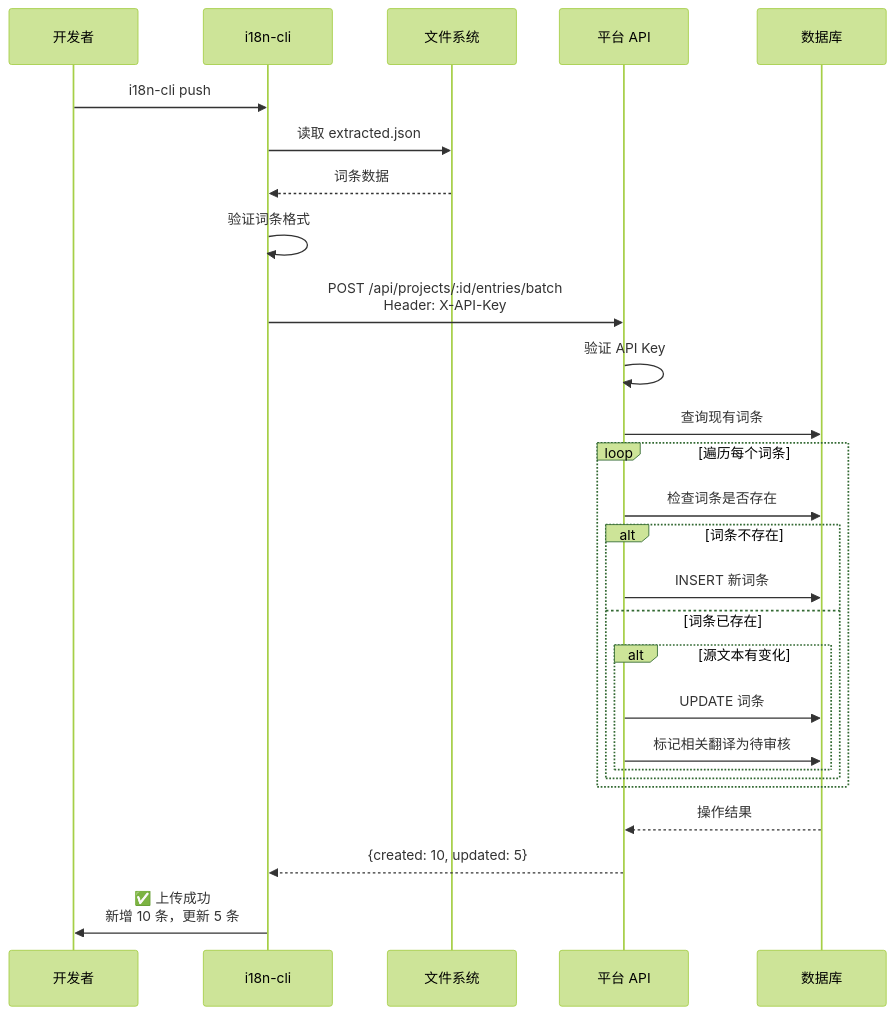
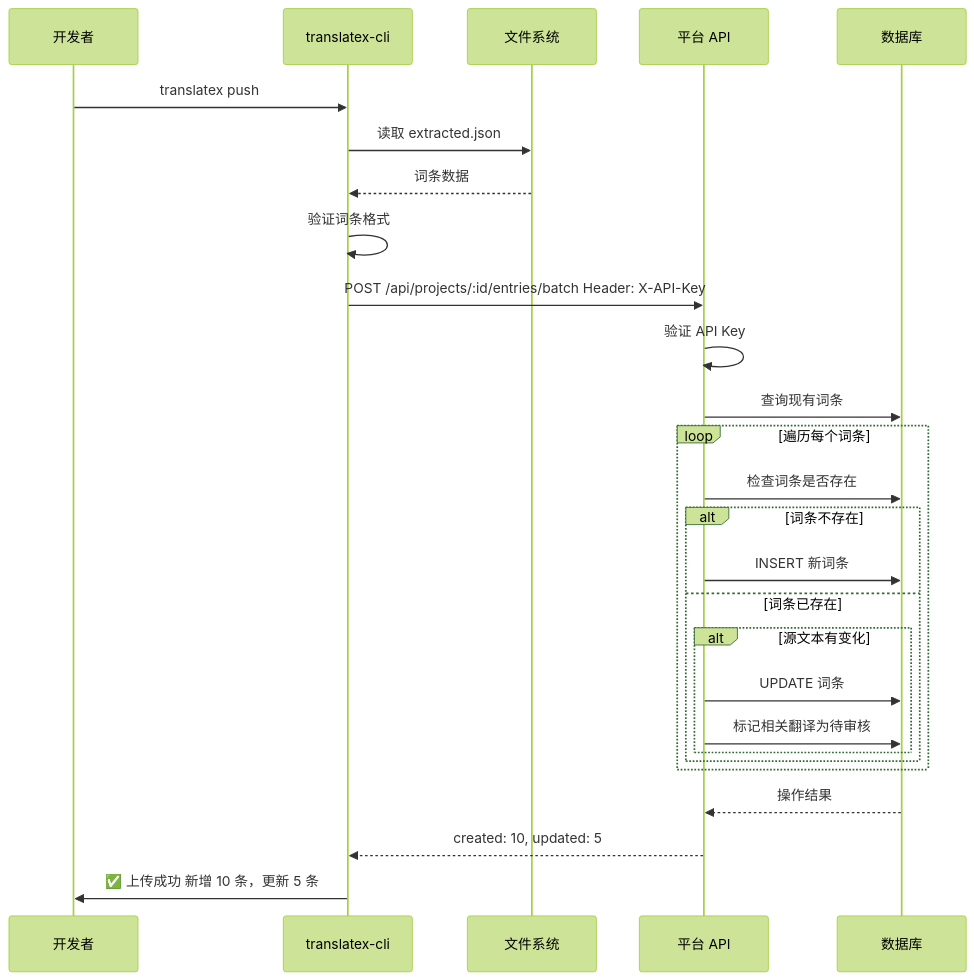
Before and after one commit to zhaotoday/translatex: the fourth of 19 diagrams in workflows-diagrams.md, drawn with Mermaid (forest theme). The commit also changed other lines of this file and 5 other files, not shown here.

````diff
--- a/workflows-diagrams.md
+++ b/workflows-diagrams.md
@@ -104,34 +93,34 @@
 ```mermaid
 sequenceDiagram
     participant Dev as 开发者
-    participant CLI as i18n-cli
+    participant CLI as translatex-cli
     participant FS as 文件系统
     participant API as 平台 API
     participant DB as 数据库
     
-    Dev->>CLI: i18n-cli push
+    Dev->>CLI: translatex push
     CLI->>FS: 读取 extracted.json
     FS-->>CLI: 词条数据
     
     CLI->>CLI: 验证词条格式
-    CLI->>API: POST /api/projects/:id/entries/batch<br/>Header: X-API-Key
+    CLI->>API: POST /api/projects/:id/entries/batch Header: X-API-Key
     
     API->>API: 验证 API Key
     API->>DB: 查询现有词条
     
     loop 遍历每个词条
         API->>DB: 检查词条是否存在
         alt 词条不存在
             API->>DB: INSERT 新词条
         else 词条已存在
             alt 源文本有变化
                 API->>DB: UPDATE 词条
                 API->>DB: 标记相关翻译为待审核
             end
         end
     end
     
     DB-->>API: 操作结果
-    API-->>CLI: {created: 10, updated: 5}
-    CLI->>Dev: ✅ 上传成功<br/>新增 10 条，更新 5 条
+    API-->>CLI: created: 10, updated: 5
+    CLI->>Dev: ✅ 上传成功 新增 10 条，更新 5 条
 ```
````
